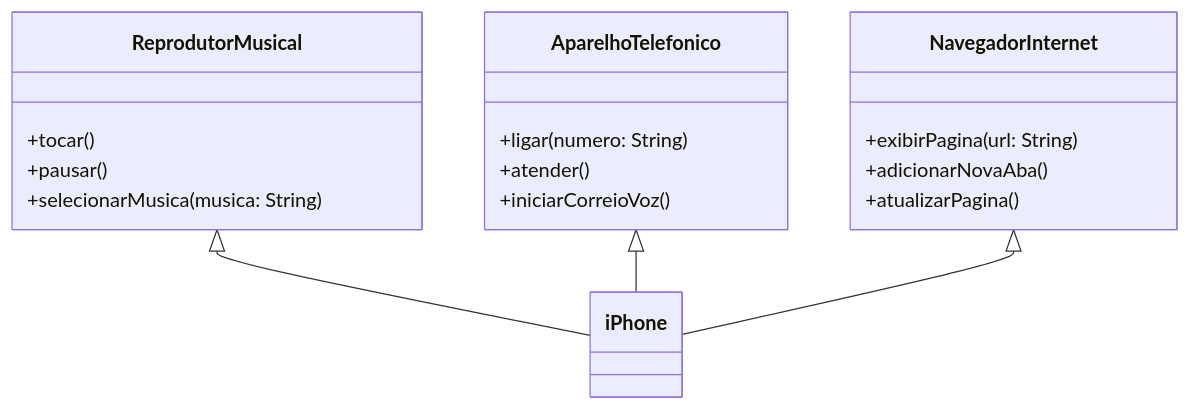
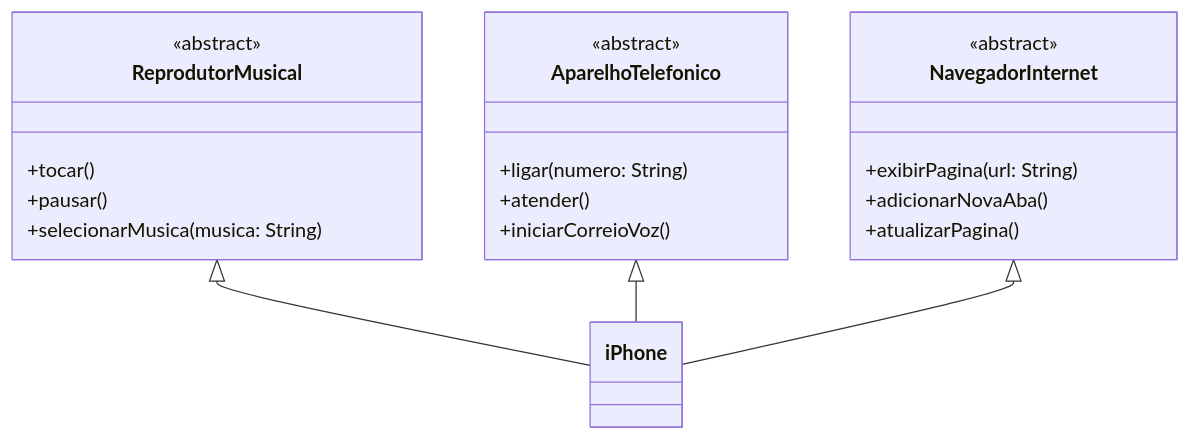
One commit to Elgraabi/Curso-Santander-2024-Backend-com-Java changed the diagram in Desafio-Modelagem-e-Diagramação-de-um-Componente-iPhone/README.md. Above: the diagram before and after it, drawn with Mermaid.

````diff
--- a/Desafio-Modelagem-e-Diagramação-de-um-Componente-iPhone/README.md
+++ b/Desafio-Modelagem-e-Diagramação-de-um-Componente-iPhone/README.md
@@ -30,24 +30,27 @@
 ```mermaid
 classDiagram
     class ReprodutorMusical {
+        <<abstract>>
         +tocar()
         +pausar()
         +selecionarMusica(musica: String)
     }
 
     class AparelhoTelefonico {
+        <<abstract>>
         +ligar(numero: String)
         +atender()
         +iniciarCorreioVoz()
     }
 
     class NavegadorInternet {
+        <<abstract>>
         +exibirPagina(url: String)
         +adicionarNovaAba()
         +atualizarPagina()
     }
 
     ReprodutorMusical <|-- iPhone
     AparelhoTelefonico <|-- iPhone
     NavegadorInternet <|-- iPhone
 ```
````
